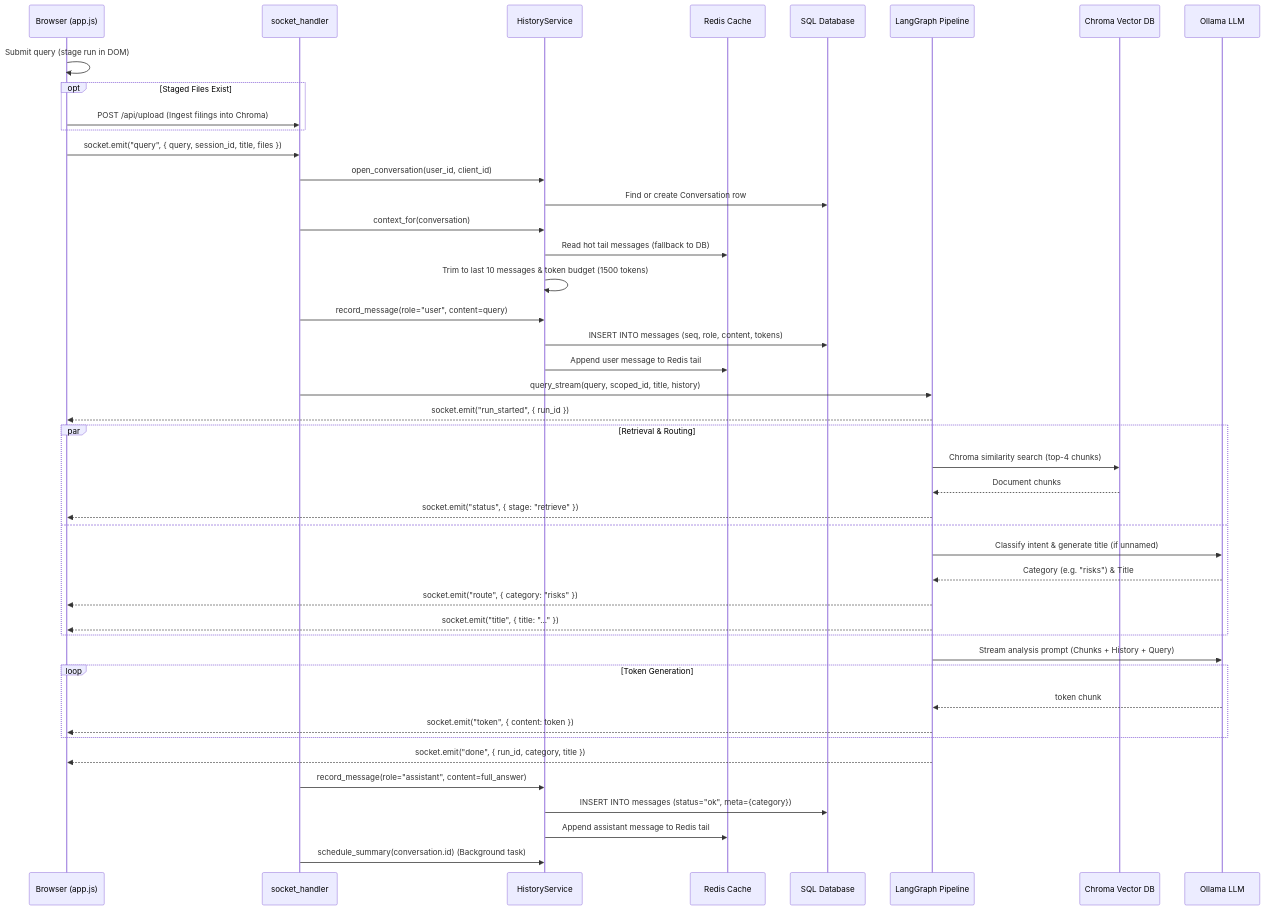
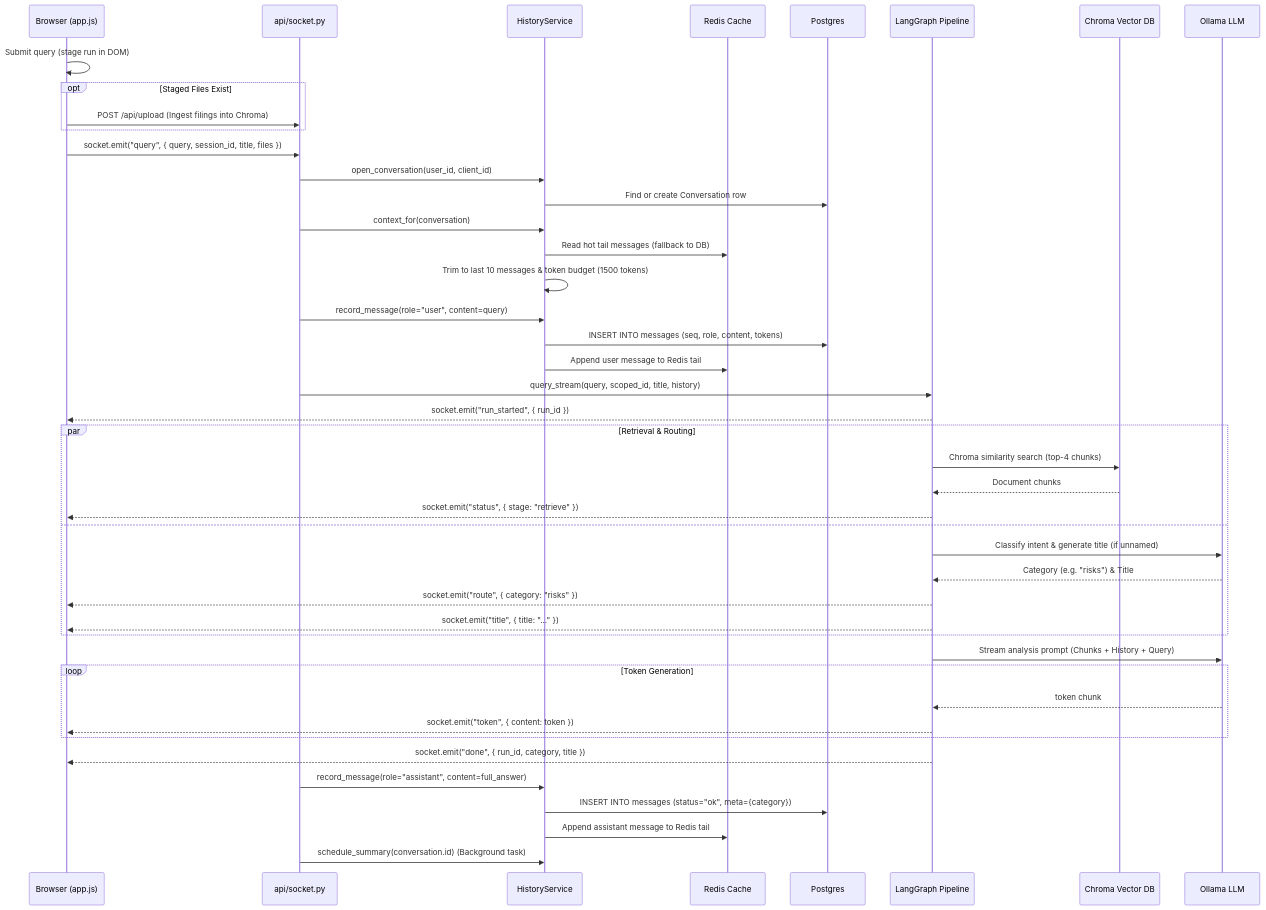
Before and after one commit to selvakumarperumal/Corporate_Filing_Analyzer_Agent: the third of 4 diagrams in docs/HOW-IT-WORKS.md, drawn with Mermaid. The commit also changed other lines of this file and 77 other files, not shown here.

````diff
--- a/docs/HOW-IT-WORKS.md
+++ b/docs/HOW-IT-WORKS.md
@@ -426,50 +427,50 @@
 ```mermaid
 sequenceDiagram
     participant B as Browser (app.js)
-    participant S as socket_handler
+    participant S as api/socket.py
     participant H as HistoryService
     participant R as Redis Cache
-    participant DB as SQL Database
+    participant DB as Postgres
     participant G as LangGraph Pipeline
     participant C as Chroma Vector DB
     participant O as Ollama LLM
 
     B->>B: Submit query (stage run in DOM)
     opt Staged Files Exist
         B->>S: POST /api/upload (Ingest filings into Chroma)
     end
     B->>S: socket.emit("query", { query, session_id, title, files })
     S->>H: open_conversation(user_id, client_id)
     H->>DB: Find or create Conversation row
     S->>H: context_for(conversation)
     H->>R: Read hot tail messages (fallback to DB)
     H->>H: Trim to last 10 messages & token budget (1500 tokens)
     S->>H: record_message(role="user", content=query)
     H->>DB: INSERT INTO messages (seq, role, content, tokens)
     H->>R: Append user message to Redis tail
     S->>G: query_stream(query, scoped_id, title, history)
     G-->>B: socket.emit("run_started", { run_id })
 
     par Retrieval & Routing
         G->>C: Chroma similarity search (top-4 chunks)
         C-->>G: Document chunks
         G-->>B: socket.emit("status", { stage: "retrieve" })
     and
         G->>O: Classify intent & generate title (if unnamed)
         O-->>G: Category (e.g. "risks") & Title
         G-->>B: socket.emit("route", { category: "risks" })
         G-->>B: socket.emit("title", { title: "..." })
     end
 
     G->>O: Stream analysis prompt (Chunks + History + Query)
     loop Token Generation
         O-->>G: token chunk
         G-->>B: socket.emit("token", { content: token })
     end
     G-->>B: socket.emit("done", { run_id, category, title })
 
     S->>H: record_message(role="assistant", content=full_answer)
     H->>DB: INSERT INTO messages (status="ok", meta={category})
     H->>R: Append assistant message to Redis tail
     S->>H: schedule_summary(conversation.id) (Background task)
 ```
````
